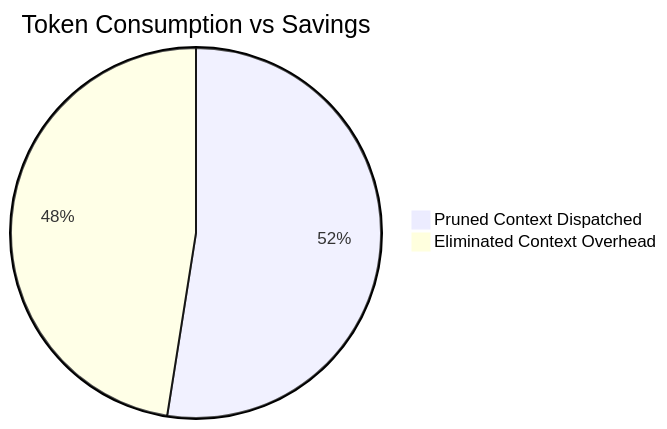
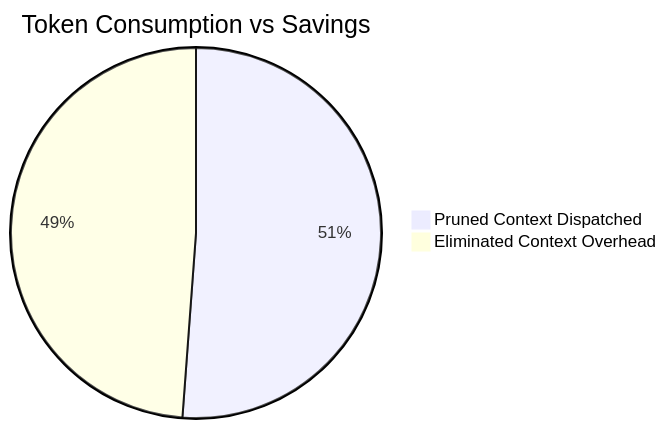
The diagram in workplace/docs/reports/token_savings_report.md (lakhwindersingh/nb_fairyfly), drawn with Mermaid before and after one commit. The commit also changed other lines of this file and 28 other files, not shown here.

````diff
--- a/workplace/docs/reports/token_savings_report.md
+++ b/workplace/docs/reports/token_savings_report.md
@@ -26,5 +26,5 @@
 ```mermaid
 pie title Token Consumption vs Savings
-    "Pruned Context Dispatched" : 30213
-    "Eliminated Context Overhead" : 27344
+    "Pruned Context Dispatched" : 57259
+    "Eliminated Context Overhead" : 54642
 ```
````
